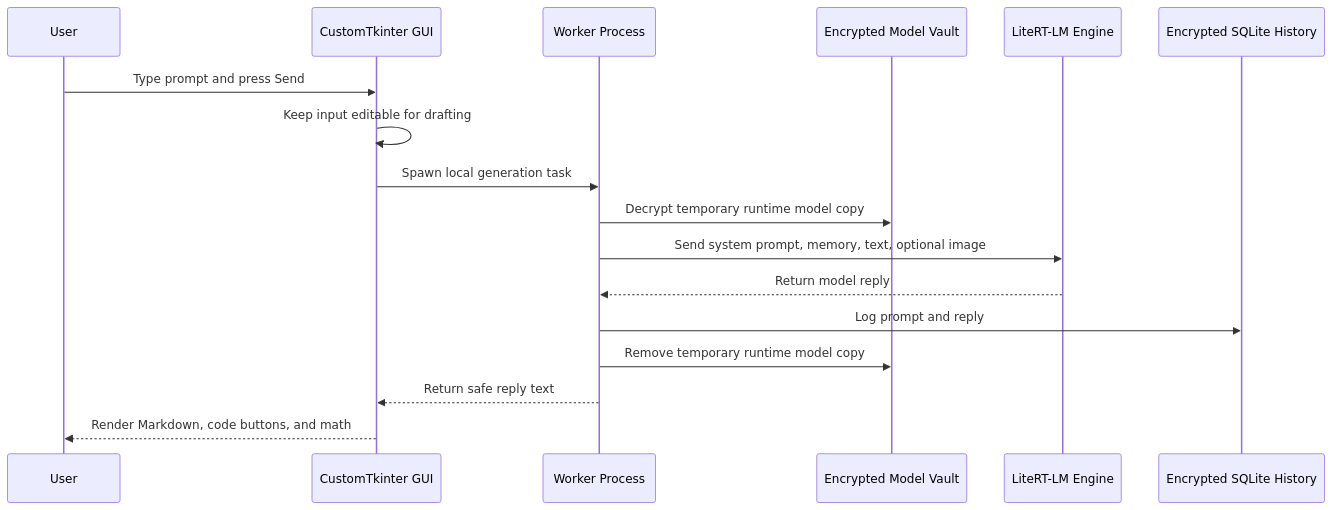
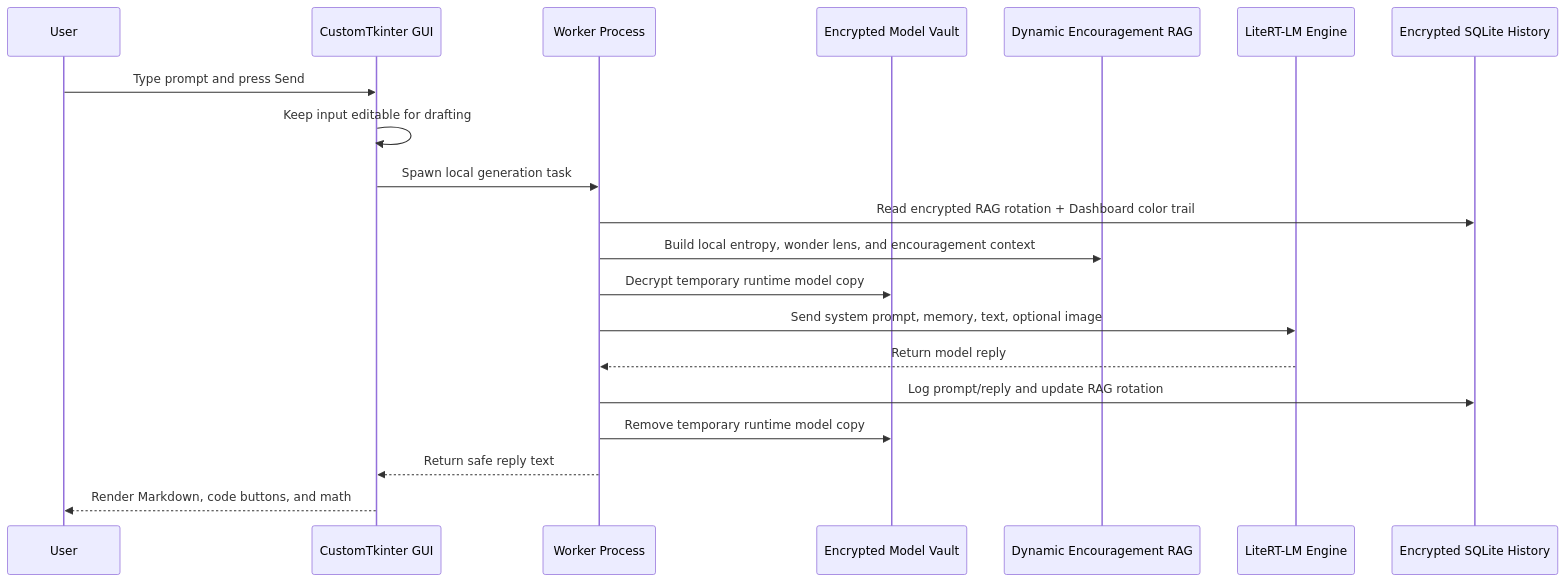
The second of 6 diagrams in README.md (ornab74/humoid-gui-gemma-4), drawn with Mermaid before and after one commit. The commit also changed other lines of this file, not shown here.

````diff
--- a/README.md
+++ b/README.md
@@ -68,20 +75,23 @@
 ```mermaid
 sequenceDiagram
     participant U as User
     participant G as CustomTkinter GUI
     participant W as Worker Process
     participant M as Encrypted Model Vault
+    participant R as Dynamic Encouragement RAG
     participant L as LiteRT-LM Engine
     participant D as Encrypted SQLite History
 
     U->>G: Type prompt and press Send
     G->>G: Keep input editable for drafting
     G->>W: Spawn local generation task
+    W->>D: Read encrypted RAG rotation + Dashboard color trail
+    W->>R: Build local entropy, wonder lens, and encouragement context
     W->>M: Decrypt temporary runtime model copy
     W->>L: Send system prompt, memory, text, optional image
     L-->>W: Return model reply
-    W->>D: Log prompt and reply
+    W->>D: Log prompt/reply and update RAG rotation
     W->>M: Remove temporary runtime model copy
     W-->>G: Return safe reply text
     G-->>U: Render Markdown, code buttons, and math
 ```
````
